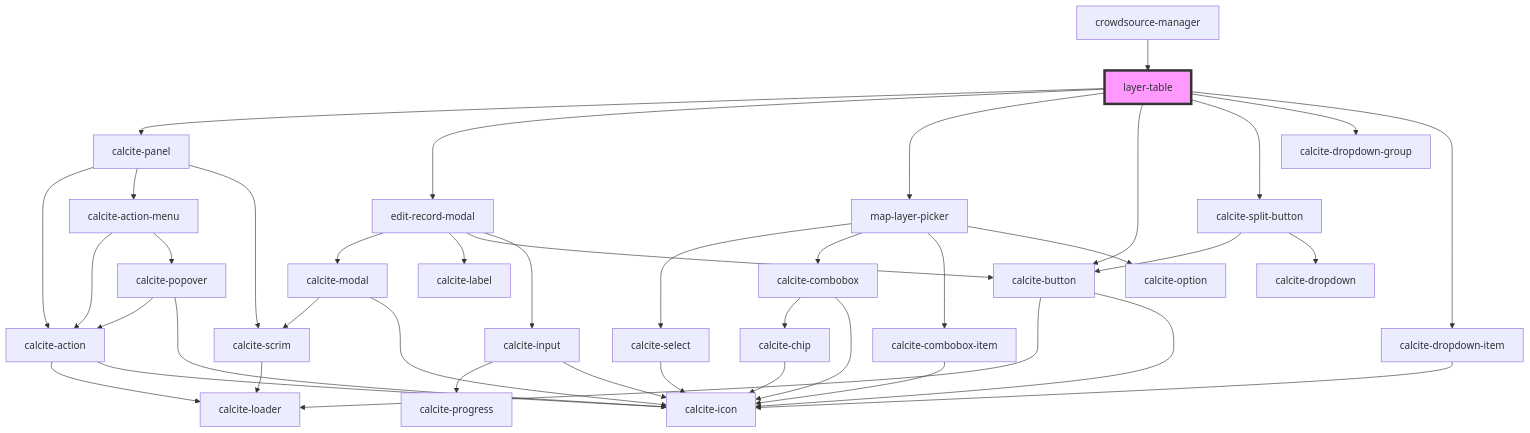
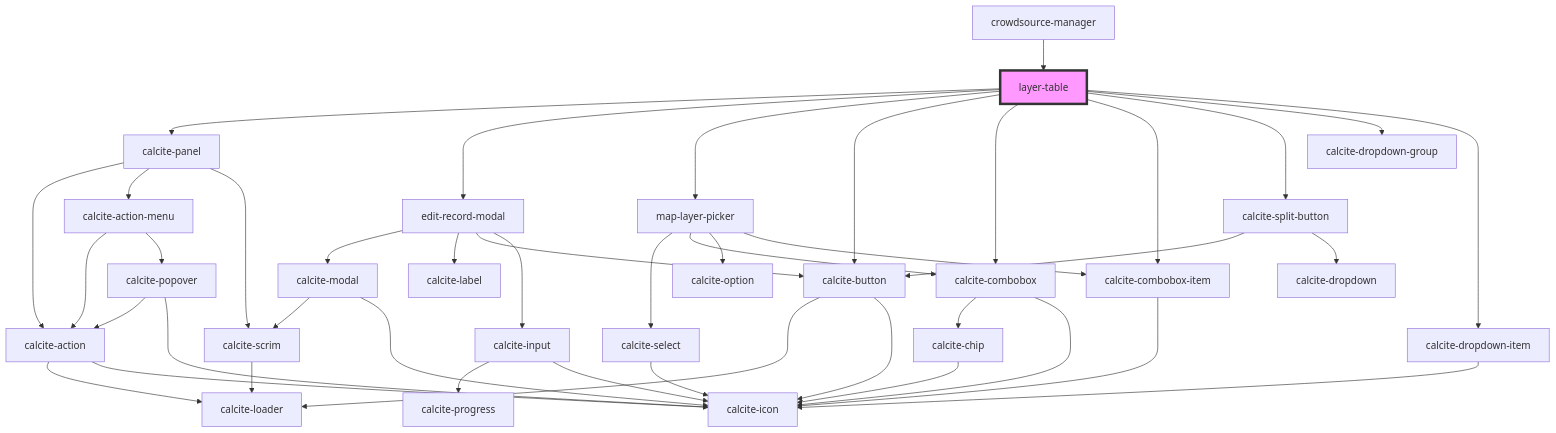
Before and after one commit to Esri/solutions-components: the diagram in src/components/layer-table/readme.md, drawn with Mermaid. The commit also changed other lines of this file and 8 other files, not shown here.

Commit message:
start update to map layer picker

````diff
--- a/src/components/layer-table/readme.md
+++ b/src/components/layer-table/readme.md
@@ -32,44 +34,46 @@
 ```mermaid
 graph TD;
   layer-table --> calcite-panel
   layer-table --> edit-record-modal
   layer-table --> map-layer-picker
   layer-table --> calcite-button
+  layer-table --> calcite-combobox
+  layer-table --> calcite-combobox-item
   layer-table --> calcite-split-button
   layer-table --> calcite-dropdown-group
   layer-table --> calcite-dropdown-item
   calcite-panel --> calcite-action
   calcite-panel --> calcite-action-menu
   calcite-panel --> calcite-scrim
   calcite-action --> calcite-loader
   calcite-action --> calcite-icon
   calcite-action-menu --> calcite-action
   calcite-action-menu --> calcite-popover
   calcite-popover --> calcite-action
   calcite-popover --> calcite-icon
   calcite-scrim --> calcite-loader
   edit-record-modal --> calcite-modal
   edit-record-modal --> calcite-label
   edit-record-modal --> calcite-button
   edit-record-modal --> calcite-input
   calcite-modal --> calcite-scrim
   calcite-modal --> calcite-icon
   calcite-button --> calcite-loader
   calcite-button --> calcite-icon
   calcite-input --> calcite-progress
   calcite-input --> calcite-icon
   map-layer-picker --> calcite-select
   map-layer-picker --> calcite-combobox
+  map-layer-picker --> calcite-option
   map-layer-picker --> calcite-combobox-item
-  map-layer-picker --> calcite-option
   calcite-select --> calcite-icon
   calcite-combobox --> calcite-chip
   calcite-combobox --> calcite-icon
   calcite-chip --> calcite-icon
   calcite-combobox-item --> calcite-icon
   calcite-split-button --> calcite-button
   calcite-split-button --> calcite-dropdown
   calcite-dropdown-item --> calcite-icon
   crowdsource-manager --> layer-table
   style layer-table fill:#f9f,stroke:#333,stroke-width:4px
 ```
````
